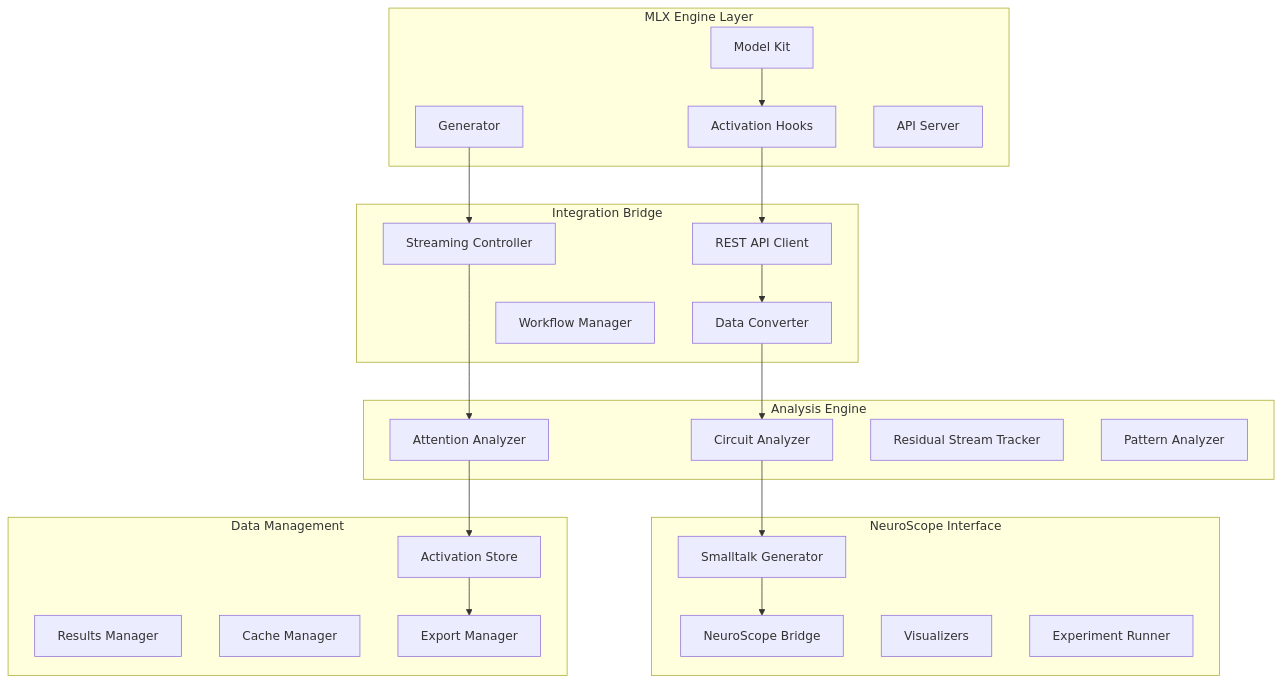
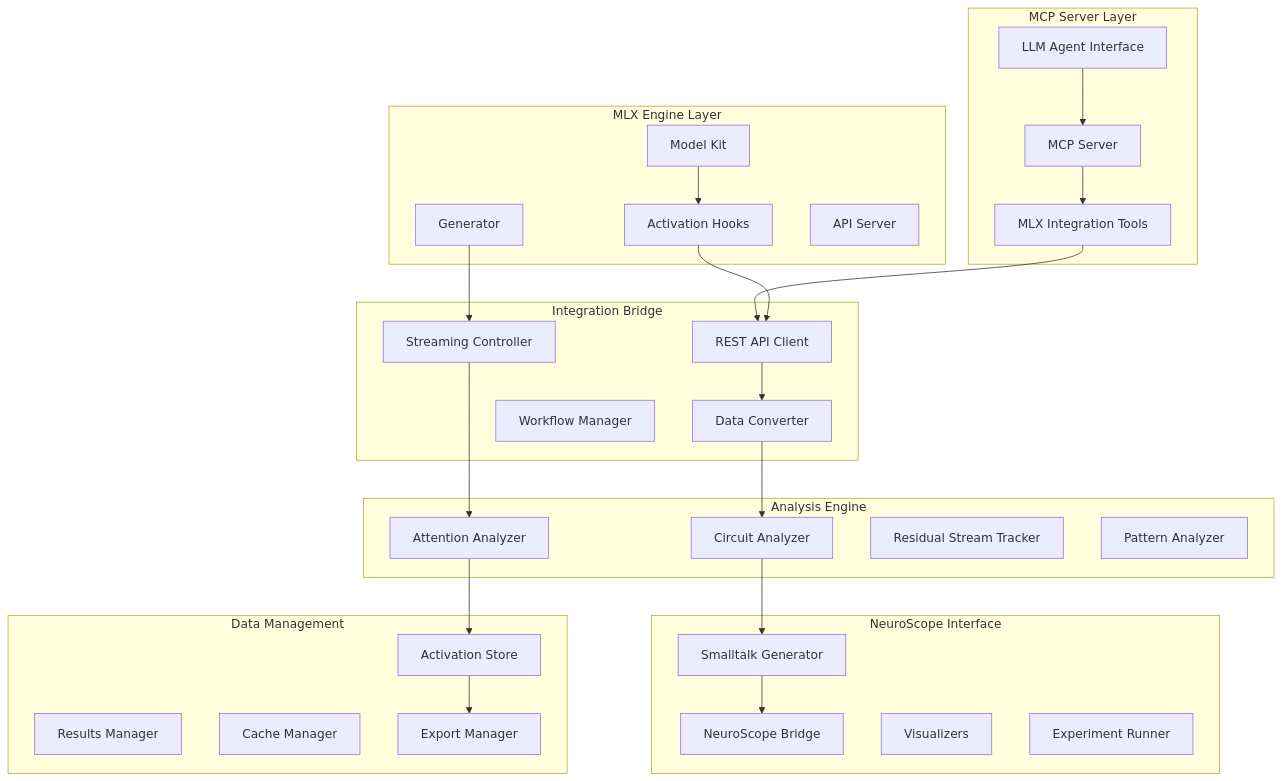
One commit to ccrraaiigg/mlx-engine-neuroscope changed the diagram in .kiro/specs/mlx-engine-integration/design.md. Above: the diagram before and after it, drawn with Mermaid. The commit also changed other lines of this file and 12 other files, not shown here.

Commit message:
Refined MCP server spec and revised other specs to mention it (agents working on the other specs' tasks will make heavy use of the MCP server).

````diff
--- a/.kiro/specs/mlx-engine-integration/design.md
+++ b/.kiro/specs/mlx-engine-integration/design.md
@@ -9,49 +11,59 @@
 ```mermaid
 graph TB
+    subgraph "MCP Server Layer"
+        MCP[MCP Server]
+        MLX_TOOLS[MLX Integration Tools]
+        AGENT[LLM Agent Interface]
+    end
+    
     subgraph "MLX Engine Layer"
         MK[Model Kit]
         AH[Activation Hooks]
         GEN[Generator]
         API[API Server]
     end
     
     subgraph "Integration Bridge"
         RAC[REST API Client]
         DC[Data Converter]
         SC[Streaming Controller]
         WM[Workflow Manager]
     end
     
     subgraph "Analysis Engine"
         CA[Circuit Analyzer]
         AA[Attention Analyzer]
         RS[Residual Stream Tracker]
         PA[Pattern Analyzer]
     end
     
     subgraph "NeuroScope Interface"
         SG[Smalltalk Generator]
         NSB[NeuroScope Bridge]
         VIS[Visualizers]
         EXP[Experiment Runner]
     end
     
     subgraph "Data Management"
         AS[Activation Store]
         RM[Results Manager]
         CM[Cache Manager]
         EM[Export Manager]
     end
     
+    AGENT --> MCP
+    MCP --> MLX_TOOLS
+    MLX_TOOLS --> RAC
+    
     MK --> AH
     AH --> RAC
     RAC --> DC
     DC --> CA
     CA --> SG
     SG --> NSB
     
     GEN --> SC
     SC --> AA
     AA --> AS
     AS --> EM
 ```
````
